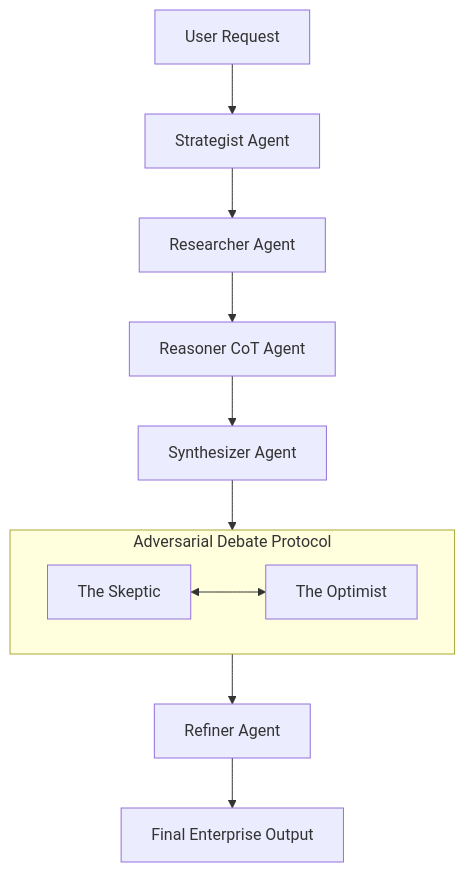
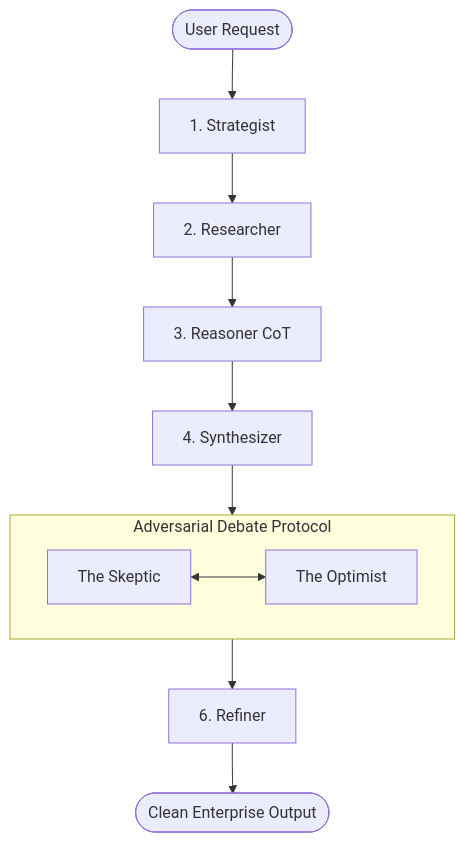
Before and after one commit to kalyan-1845/AuraCore: the diagram in README.md, drawn with Mermaid. The commit also changed other lines of this file, not shown here.

````diff
--- a/README.md
+++ b/README.md
@@ -17,13 +21,13 @@
 ```mermaid
 graph TD
-    A[User Request] --> B[Strategist Agent]
-    B --> C[Researcher Agent]
-    C --> D[Reasoner CoT Agent]
-    D --> E[Synthesizer Agent]
-    E --> F[Neural Debate Loop]
+    User([User Request]) --> B[1. Strategist]
+    B --> C[2. Researcher]
+    C --> D[3. Reasoner CoT]
+    D --> E[4. Synthesizer]
+    E --> F[5. Adversarial Debate]
     subgraph F [Adversarial Debate Protocol]
-        G[The Skeptic] <--> H[The Optimist]
+        Skeptic[The Skeptic] <--> Optimist[The Optimist]
     end
-    F --> I[Refiner Agent]
-    I --> J[Final Enterprise Output]
+    F --> R[6. Refiner]
+    R --> Out([Clean Enterprise Output])
 ```
````
